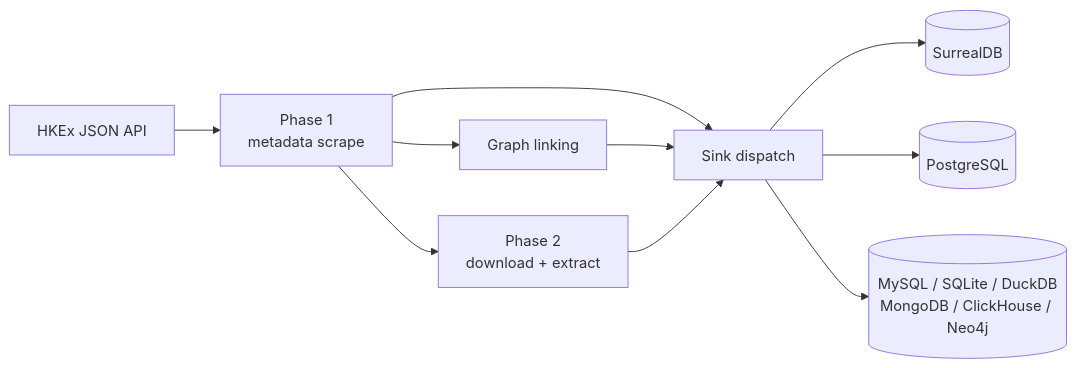
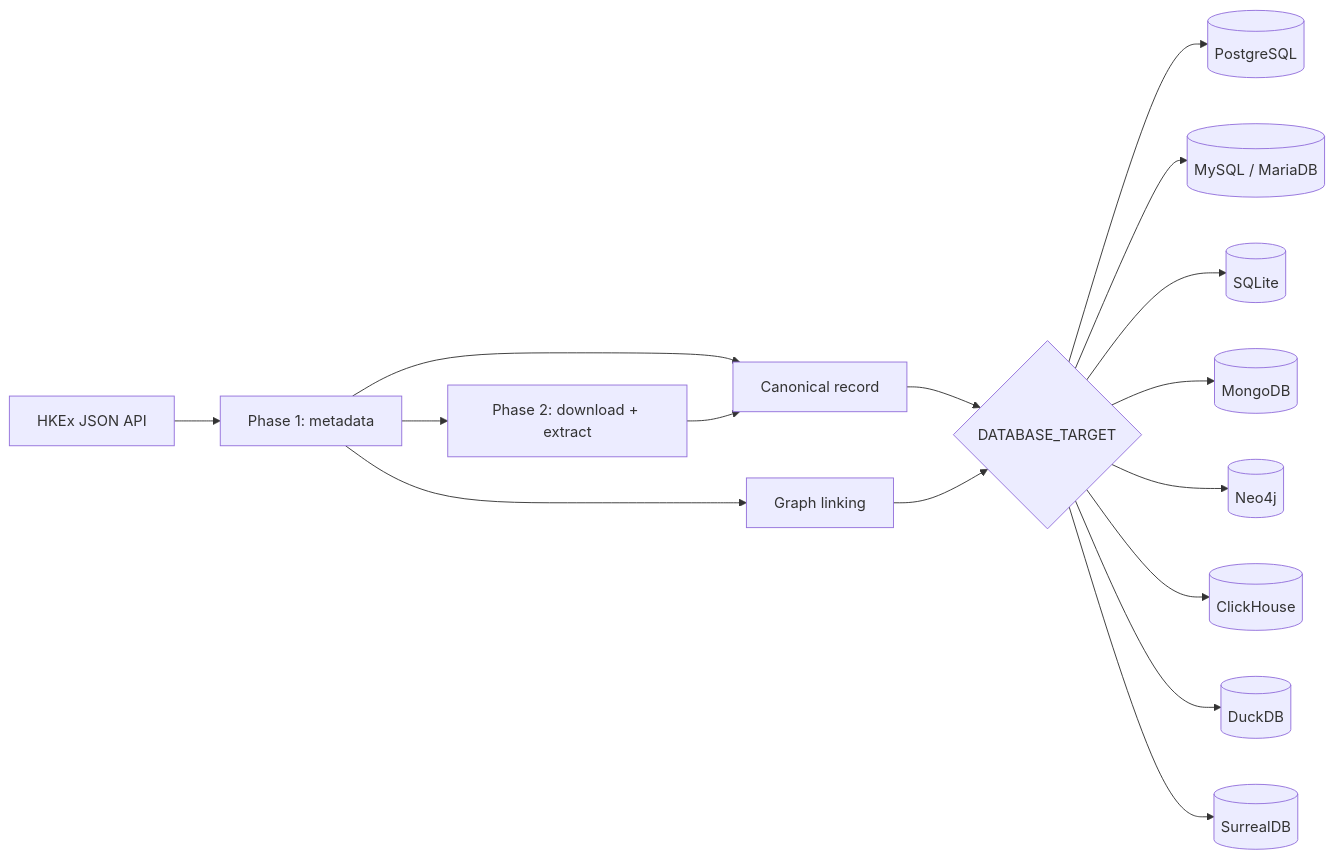
The first of 2 diagrams in docs/architecture.md (simonplmak-cloud/hkex-filing-scraper), drawn with Mermaid before and after one commit. The commit also changed other lines of this file and 57 other files, not shown here.

First line of the commit message:
docs: flatten sink docs, drop tier language, align license metadata (#9)

````diff
--- a/docs/architecture.md
+++ b/docs/architecture.md
@@ -5,12 +5,18 @@
 ```mermaid
 flowchart LR
-    A[HKEx JSON API] --> B[Phase 1<br/>metadata scrape]
-    B --> C[Sink dispatch]
-    C --> S[(SurrealDB)]
-    C --> P[(PostgreSQL)]
-    C --> X[(MySQL / SQLite / DuckDB<br/>MongoDB / ClickHouse / Neo4j)]
+    A[HKEx JSON API] --> B[Phase 1: metadata]
+    B --> C[Canonical record]
+    C --> D{DATABASE_TARGET}
+    D --> S1[(PostgreSQL)]
+    D --> S2[(MySQL / MariaDB)]
+    D --> S3[(SQLite)]
+    D --> S4[(MongoDB)]
+    D --> S5[(Neo4j)]
+    D --> S6[(ClickHouse)]
+    D --> S7[(DuckDB)]
+    D --> S8[(SurrealDB)]
     B --> G[Graph linking]
-    G --> C
-    B --> D[Phase 2<br/>download + extract]
-    D --> C
+    G --> D
+    B --> P2[Phase 2: download + extract]
+    P2 --> C
 ```
````
